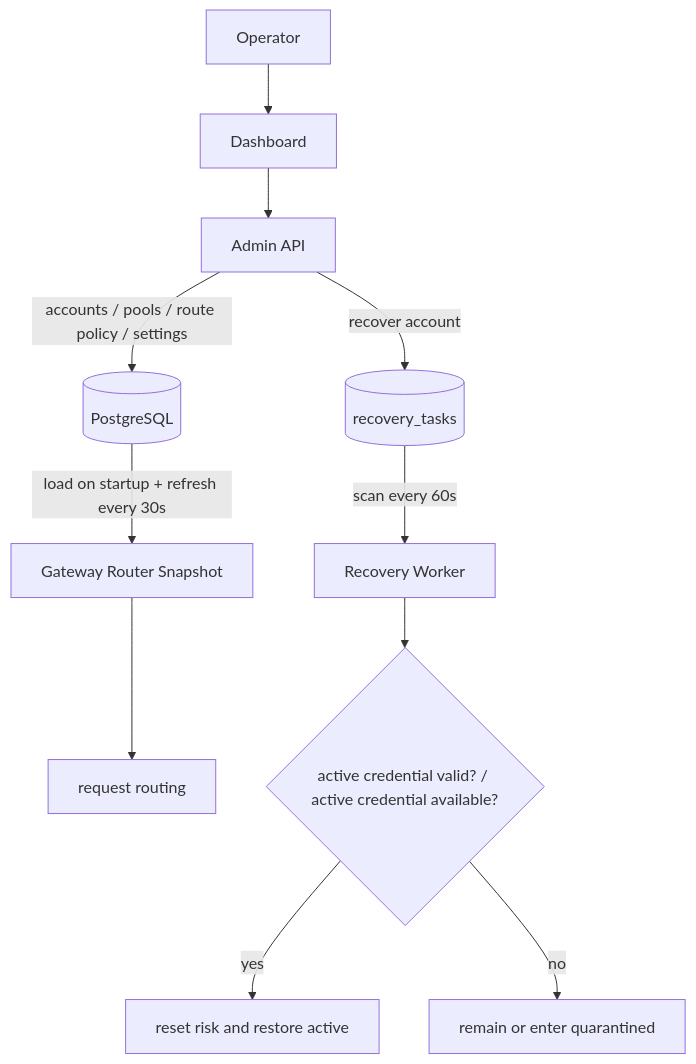
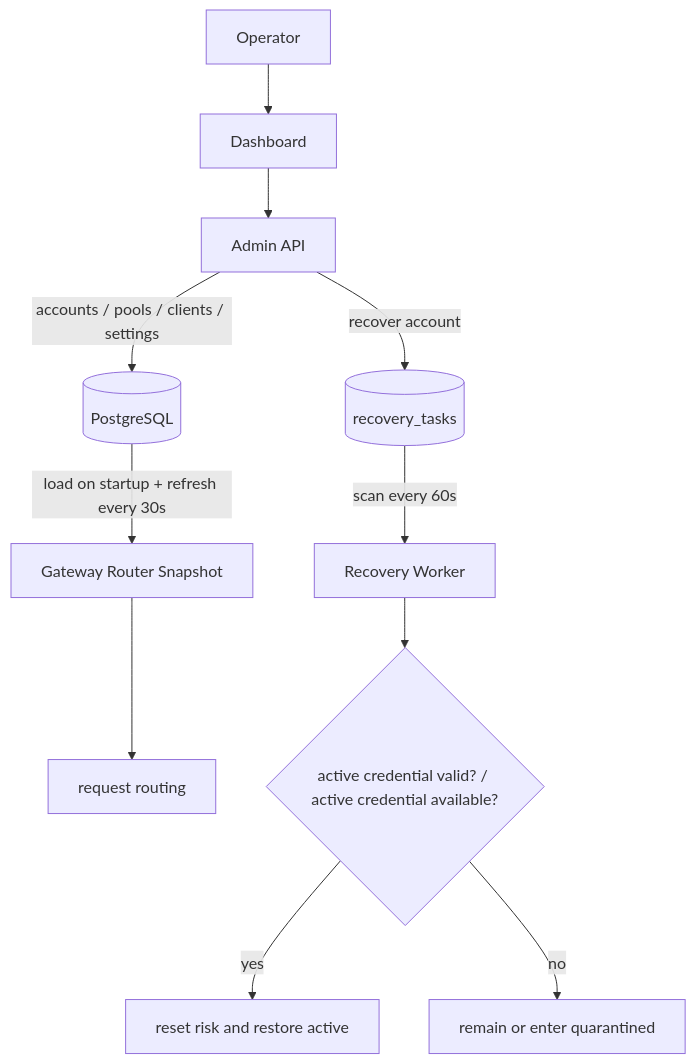
Before and after one commit to pczhao1210/ghcp-pool-proxy: the third of 6 diagrams in docs/architecture.en.md, drawn with Mermaid. The commit also changed other lines of this file and 16 other files, not shown here.

````diff
--- a/docs/architecture.en.md
+++ b/docs/architecture.en.md
@@ -65,14 +66,14 @@
 ```mermaid
 flowchart TD
   Operator["Operator"] --> Dashboard["Dashboard"]
   Dashboard --> Admin["Admin API"]
-  Admin -->|"accounts / pools / route policy / settings"| PG[(PostgreSQL)]
+  Admin -->|"accounts / pools / clients / settings"| PG[(PostgreSQL)]
   PG -->|"load on startup + refresh every 30s"| Snapshot["Gateway Router Snapshot"]
   Snapshot --> Router["request routing"]
 
   Admin -->|"recover account"| Task[(recovery_tasks)]
   Task -->|"scan every 60s"| Worker["Recovery Worker"]
   Worker --> Cred{"active credential valid? / active credential available?"}
   Cred -->|"yes"| Active["reset risk and restore active"]
   Cred -->|"no"| Quarantined["remain or enter quarantined"]
 ```
````
